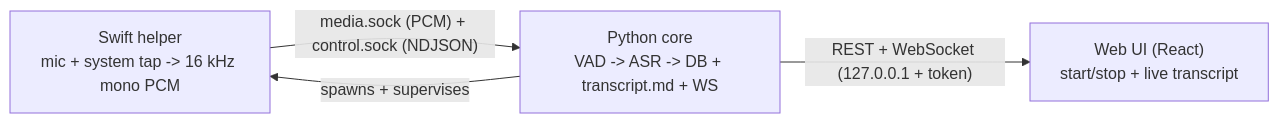
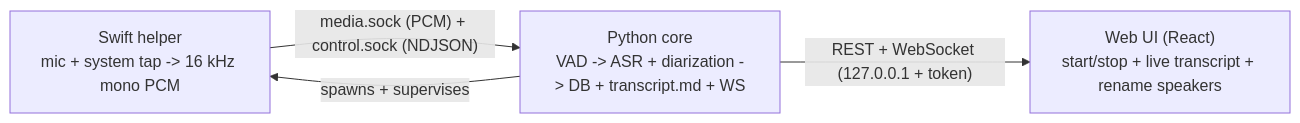
The diagram in README.md (rwiseman87/hearsay), drawn with Mermaid before and after one commit. The commit also changed other lines of this file and 4 other files, not shown here.

````diff
--- a/README.md
+++ b/README.md
@@ -24,9 +25,9 @@
 ```mermaid
 flowchart LR
   Helper["Swift helper\nmic + system tap -> 16 kHz mono PCM"]
-  Core["Python core\nVAD -> ASR -> DB + transcript.md + WS"]
-  UI["Web UI (React)\nstart/stop + live transcript"]
+  Core["Python core\nVAD -> ASR + diarization -> DB + transcript.md + WS"]
+  UI["Web UI (React)\nstart/stop + live transcript + rename speakers"]
   Core -- "spawns + supervises" --> Helper
   Helper -- "media.sock (PCM) + control.sock (NDJSON)" --> Core
   Core -- "REST + WebSocket (127.0.0.1 + token)" --> UI
 ```
````
